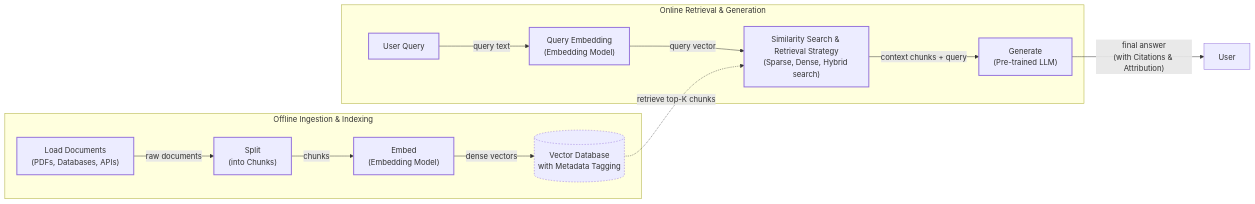
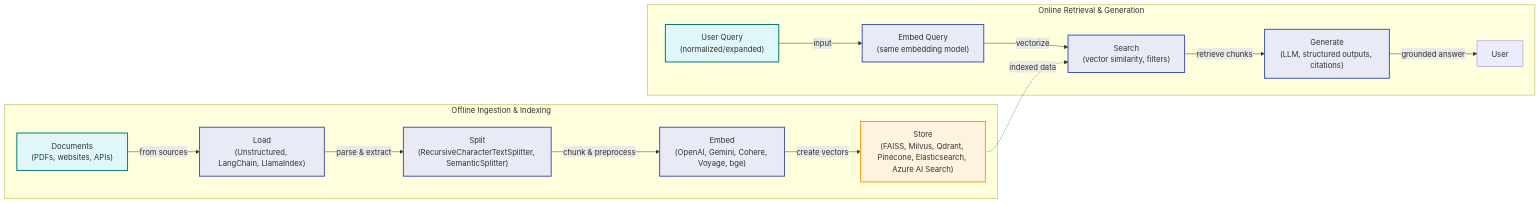
The second of 4 diagrams in RL_researcher_writer_ymaxing/rl_training_data/noise_experiment/09_RAG__var_standard__replicate2__preset3/article_001.md (YMaXing/Research-Agent-reinforced-by-RL), drawn with Mermaid before and after one commit. The commit also changed other lines of this file and 4528 other files, not shown here.

````diff
--- a/RL_researcher_writer_ymaxing/rl_training_data/noise_experiment/09_RAG__var_standard__replicate2__preset3/article_001.md
+++ b/RL_researcher_writer_ymaxing/rl_training_data/noise_experiment/09_RAG__var_standard__replicate2__preset3/article_001.md
@@ -62,36 +57,41 @@
 ```mermaid
 flowchart LR
   %% Phase 1: Offline Ingestion & Indexing
   subgraph "Offline Ingestion & Indexing"
-    LD["Load Documents<br/>(PDFs, Databases, APIs)"]
-    S["Split<br/>(into Chunks)"]
-    E["Embed<br/>(Embedding Model)"]
-    ST[(Vector Database<br/>with Metadata Tagging)]
+    Docs["Documents<br/>(PDFs, websites, APIs)"]
+    Load["Load<br/>(Unstructured, LangChain, LlamaIndex)"]
+    Split["Split<br/>(RecursiveCharacterTextSplitter, SemanticSplitter)"]
+    EmbedIngest["Embed<br/>(OpenAI, Gemini, Cohere, Voyage, bge)"]
+    Store["Store<br/>(FAISS, Milvus, Qdrant, Pinecone, Elasticsearch, Azure AI Search)"]
+
+    Docs -- "from sources" --> Load
+    Load -- "parse & extract" --> Split
+    Split -- "chunk & preprocess" --> EmbedIngest
+    EmbedIngest -- "create vectors" --> Store
   end
 
   %% Phase 2: Online Retrieval & Generation
   subgraph "Online Retrieval & Generation"
-    UQ["User Query"]
-    QE["Query Embedding<br/>(Embedding Model)"]
-    SSRS["Similarity Search & Retrieval Strategy<br/>(Sparse, Dense, Hybrid search)"]
-    G["Generate<br/>(Pre-trained LLM)"]
+    Query["User Query<br/>(normalized/expanded)"]
+    EmbedQuery["Embed Query<br/>(same embedding model)"]
+    Search["Search<br/>(vector similarity, filters)"]
+    Generate["Generate<br/>(LLM, structured outputs, citations)"]
+    UserOutput["User"]
+
+    Query -- "input" --> EmbedQuery
+    EmbedQuery -- "vectorize" --> Search
+    Search -- "retrieve chunks" --> Generate
+    Generate -- "grounded answer" --> UserOutput
   end
 
-  %% Data Flow for Offline Ingestion
-  LD -- "raw documents" --> S
-  S -- "chunks" --> E
-  E -- "dense vectors" --> ST
+  %% Supporting relationship between phases
+  Store -. "indexed data" .-> Search
 
-  %% Data Flow for Online Retrieval & Generation
-  UQ -- "query text" --> QE
-  QE -- "query vector" --> SSRS
-  ST -. "retrieve top-K chunks" .-> SSRS
-  SSRS -- "context chunks + query" --> G
-  G -- "final answer<br/>(with Citations & Attribution)" --> User["User"]
-
-  %% Visual Grouping
-  classDef process stroke-width:2px
-  classDef storage stroke-dasharray:3,3
-  class LD,S,E,UQ,QE,SSRS,G process
-  class ST storage
+  %% Visual grouping
+  classDef sourceNode fill:#e0f7fa,stroke:#00796b,stroke-width:2px
+  classDef processNode fill:#e8eaf6,stroke:#3f51b5,stroke-width:2px
+  classDef storageNode fill:#fff3e0,stroke:#ff9800,stroke-width:2px
+  class Docs,Query sourceNode
+  class Load,Split,EmbedIngest,EmbedQuery,Search,Generate processNode
+  class Store storageNode
 ```
````
